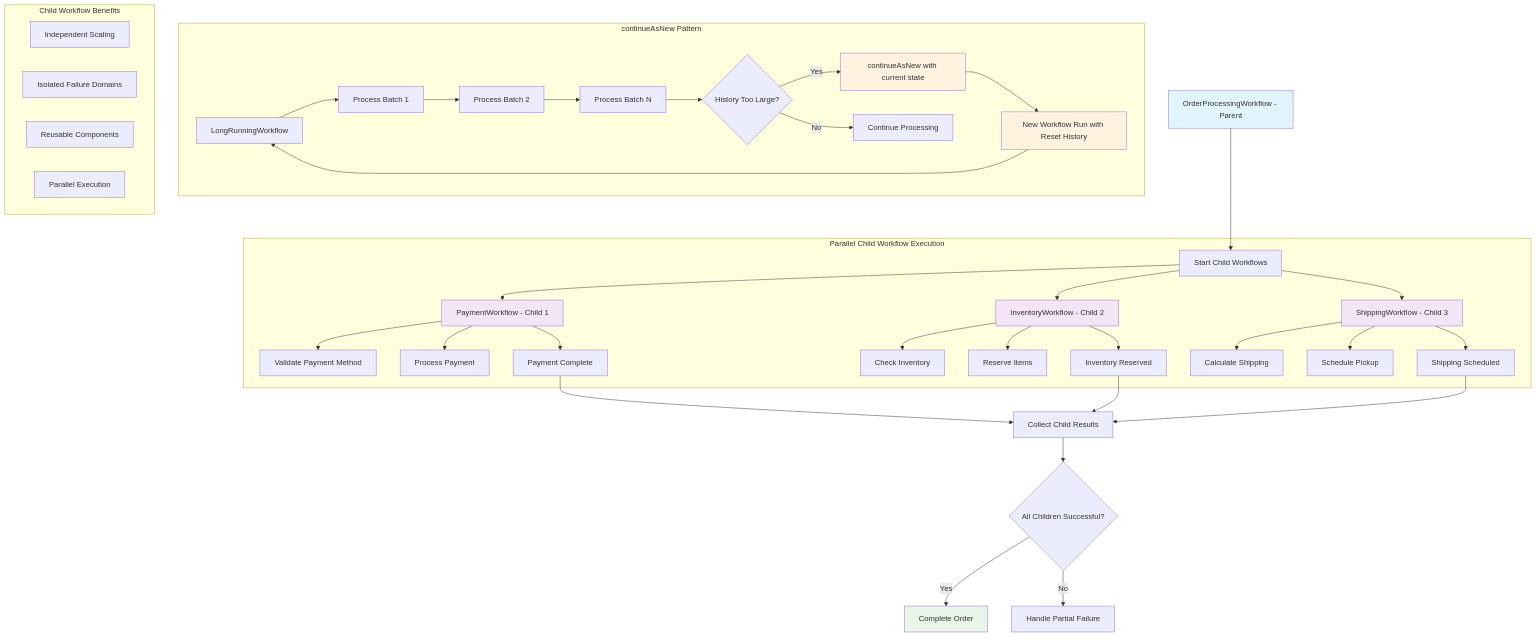
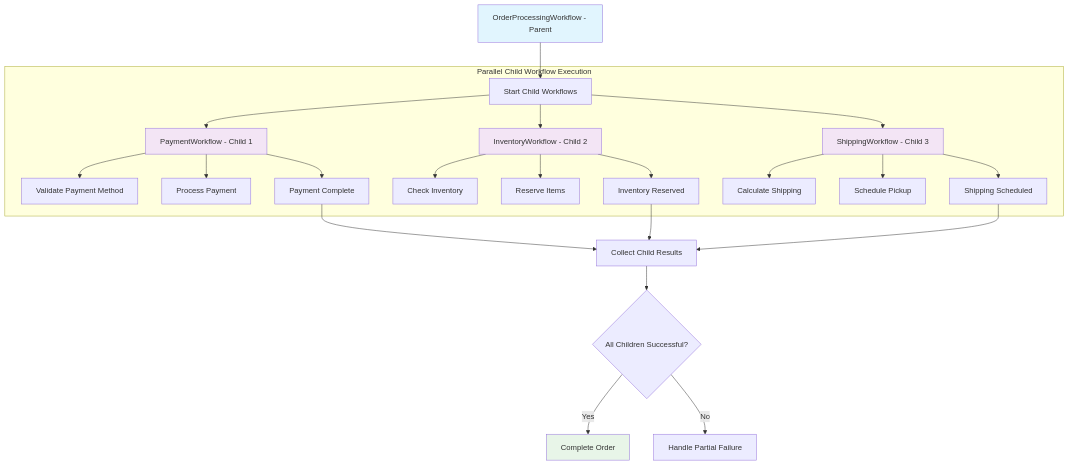
One commit to vorrawut/temporal-starter changed the first of 3 diagrams in class/modules/lesson_12/diagram.md. Above: the diagram before and after it, drawn with Mermaid. The commit also changed other lines of this file and 43 other files, not shown here.

````diff
--- a/class/modules/lesson_12/diagram.md
+++ b/class/modules/lesson_12/diagram.md
@@ -5,56 +19,36 @@
 ```mermaid
 flowchart TD
     A[OrderProcessingWorkflow - Parent] --> B[Start Child Workflows]
     
     subgraph "Parallel Child Workflow Execution"
         B --> C[PaymentWorkflow - Child 1]
         B --> D[InventoryWorkflow - Child 2] 
         B --> E[ShippingWorkflow - Child 3]
         
         C --> F[Validate Payment Method]
         C --> G[Process Payment]
         C --> H[Payment Complete]
         
         D --> I[Check Inventory]
         D --> J[Reserve Items]
         D --> K[Inventory Reserved]
         
         E --> L[Calculate Shipping]
         E --> M[Schedule Pickup]
         E --> N[Shipping Scheduled]
     end
     
     H --> O[Collect Child Results]
     K --> O
     N --> O
     
     O --> P{All Children Successful?}
     P -- Yes --> Q[Complete Order]
     P -- No --> R[Handle Partial Failure]
     
-    subgraph "continueAsNew Pattern"
-        S[LongRunningWorkflow] --> T[Process Batch 1]
-        T --> U[Process Batch 2]
-        U --> V[Process Batch N]
-        V --> W{History Too Large?}
-        W -- Yes --> X[continueAsNew with current state]
-        W -- No --> Y[Continue Processing]
-        X --> Z[New Workflow Run with Reset History]
-        Z --> S
-    end
-    
-    subgraph "Child Workflow Benefits"
-        AA[Independent Scaling]
-        BB[Isolated Failure Domains]
-        CC[Reusable Components]
-        DD[Parallel Execution]
-    end
-    
     style A fill:#e1f5fe
     style C fill:#f3e5f5
     style D fill:#f3e5f5
     style E fill:#f3e5f5
     style Q fill:#e8f5e8
-    style X fill:#fff3e0
-    style Z fill:#fff3e0
 ```
````
